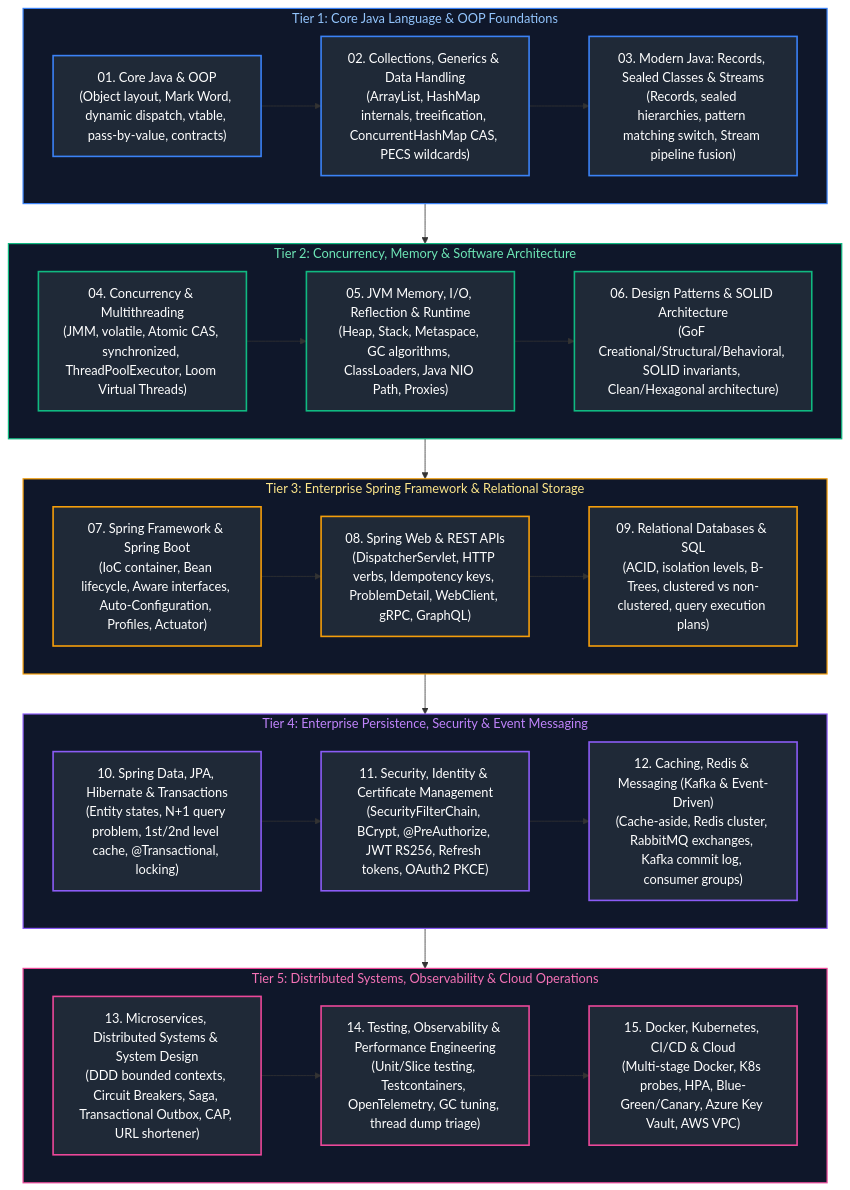
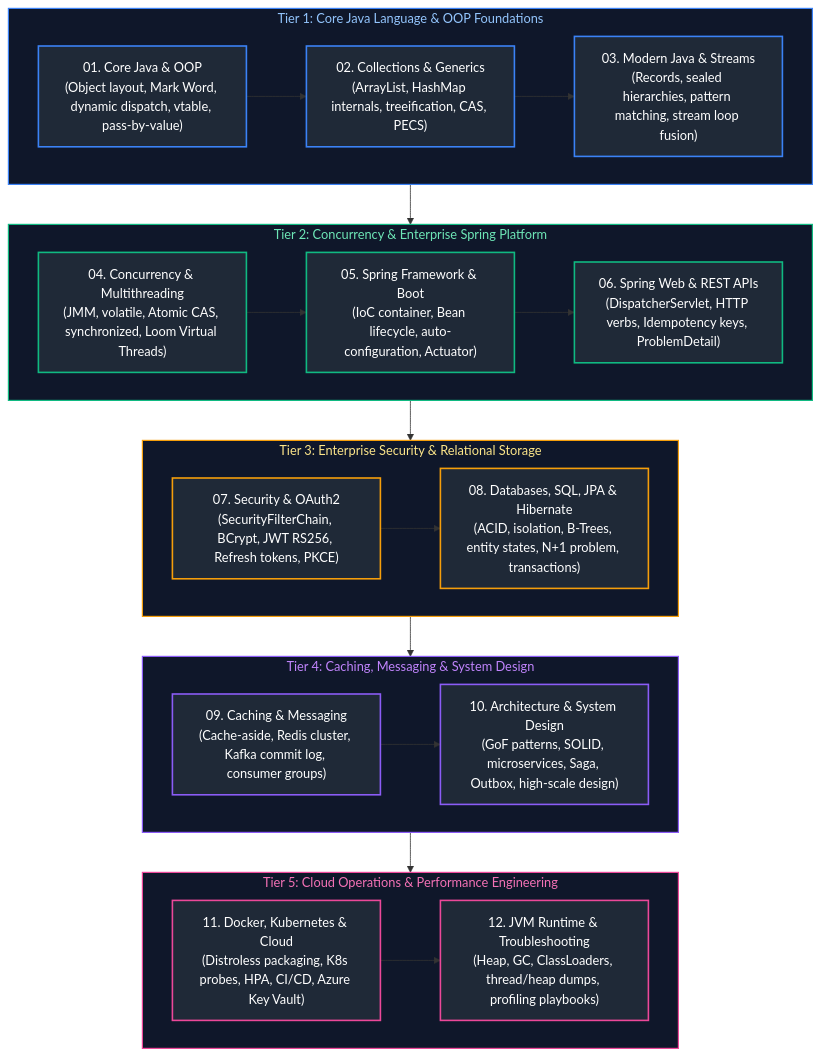
Before and after one commit to joydeep-biswas/Interview-Preparation: the diagram in Java Backend Engineering/00_java_study_guide_and_index.md, drawn with Mermaid. The commit also changed other lines of this file and 178 other files, not shown here.

````diff
--- a/Java Backend Engineering/00_java_study_guide_and_index.md
+++ b/Java Backend Engineering/00_java_study_guide_and_index.md
@@ -11,58 +11,57 @@
 ```mermaid
 flowchart TD
     subgraph CoreFoundationsTier ["Tier 1: Core Java Language & OOP Foundations"]
-        M1["01. Core Java & OOP<br/>(Object layout, Mark Word, dynamic dispatch, vtable, pass-by-value, contracts)"]
-        --> M2["02. Collections, Generics & Data Handling<br/>(ArrayList, HashMap internals, treeification, ConcurrentHashMap CAS, PECS wildcards)"]
-        --> M3["03. Modern Java: Records, Sealed Classes & Streams<br/>(Records, sealed hierarchies, pattern matching switch, Stream pipeline fusion)"]
+        direction LR
+        M1["01. Core Java & OOP<br/>(Object layout, Mark Word, dynamic dispatch, vtable, pass-by-value)"]
+        --> M2["02. Collections & Generics<br/>(ArrayList, HashMap internals, treeification, CAS, PECS)"]
+        --> M3["03. Modern Java & Streams<br/>(Records, sealed hierarchies, pattern matching, stream loop fusion)"]
     end
 
-    subgraph RuntimeArchitectureTier ["Tier 2: Concurrency, Memory & Software Architecture"]
-        M4["04. Concurrency & Multithreading<br/>(JMM, volatile, Atomic CAS, synchronized, ThreadPoolExecutor, Loom Virtual Threads)"]
-        --> M5["05. JVM Memory, I/O, Reflection & Runtime<br/>(Heap, Stack, Metaspace, GC algorithms, ClassLoaders, Java NIO Path, Proxies)"]
-        --> M6["06. Design Patterns & SOLID Architecture<br/>(GoF Creational/Structural/Behavioral, SOLID invariants, Clean/Hexagonal architecture)"]
+    subgraph ConcurrencySpringTier ["Tier 2: Concurrency & Enterprise Spring Platform"]
+        direction LR
+        M4["04. Concurrency & Multithreading<br/>(JMM, volatile, Atomic CAS, synchronized, Loom Virtual Threads)"]
+        --> M5["05. Spring Framework & Boot<br/>(IoC container, Bean lifecycle, auto-configuration, Actuator)"]
+        --> M6["06. Spring Web & REST APIs<br/>(DispatcherServlet, HTTP verbs, Idempotency keys, ProblemDetail)"]
     end
 
-    subgraph EnterpriseSpringTier ["Tier 3: Enterprise Spring Framework & Relational Storage"]
-        M7["07. Spring Framework & Spring Boot<br/>(IoC container, Bean lifecycle, Aware interfaces, Auto-Configuration, Profiles, Actuator)"]
-        --> M8["08. Spring Web & REST APIs<br/>(DispatcherServlet, HTTP verbs, Idempotency keys, ProblemDetail, WebClient, gRPC, GraphQL)"]
-        --> M9["09. Relational Databases & SQL<br/>(ACID, isolation levels, B-Trees, clustered vs non-clustered, query execution plans)"]
+    subgraph SecurityPersistenceTier ["Tier 3: Enterprise Security & Relational Storage"]
+        direction LR
+        M7["07. Security & OAuth2<br/>(SecurityFilterChain, BCrypt, JWT RS256, Refresh tokens, PKCE)"]
+        --> M8["08. Databases, SQL, JPA & Hibernate<br/>(ACID, isolation, B-Trees, entity states, N+1 problem, transactions)"]
     end
 
-    subgraph PersistenceMessagingTier ["Tier 4: Enterprise Persistence, Security & Event Messaging"]
-        M10["10. Spring Data, JPA, Hibernate & Transactions<br/>(Entity states, N+1 query problem, 1st/2nd level cache, @Transactional, locking)"]
-        --> M11["11. Security, Identity & Certificate Management<br/>(SecurityFilterChain, BCrypt, @PreAuthorize, JWT RS256, Refresh tokens, OAuth2 PKCE)"]
-        --> M12["12. Caching, Redis & Messaging (Kafka & Event-Driven)<br/>(Cache-aside, Redis cluster, RabbitMQ exchanges, Kafka commit log, consumer groups)"]
+    subgraph MessagingArchitectureTier ["Tier 4: Caching, Messaging & System Design"]
+        direction LR
+        M9["09. Caching & Messaging<br/>(Cache-aside, Redis cluster, Kafka commit log, consumer groups)"]
+        --> M10["10. Architecture & System Design<br/>(GoF patterns, SOLID, microservices, Saga, Outbox, high-scale design)"]
     end
 
-    subgraph DistributedCloudOpsTier ["Tier 5: Distributed Systems, Observability & Cloud Operations"]
-        M13["13. Microservices, Distributed Systems & System Design<br/>(DDD bounded contexts, Circuit Breakers, Saga, Transactional Outbox, CAP, URL shortener)"]
-        --> M14["14. Testing, Observability & Performance Engineering<br/>(Unit/Slice testing, Testcontainers, OpenTelemetry, GC tuning, thread dump triage)"]
-        --> M15["15. Docker, Kubernetes, CI/CD & Cloud<br/>(Multi-stage Docker, K8s probes, HPA, Blue-Green/Canary, Azure Key Vault, AWS VPC)"]
+    subgraph CloudDevOpsObservabilityTier ["Tier 5: Cloud Operations & Performance Engineering"]
+        direction LR
+        M11["11. Docker, Kubernetes & Cloud<br/>(Distroless packaging, K8s probes, HPA, CI/CD, Azure Key Vault)"]
+        --> M12["12. JVM Runtime & Troubleshooting<br/>(Heap, GC, ClassLoaders, thread/heap dumps, profiling playbooks)"]
     end
 
-    CoreFoundationsTier --> RuntimeArchitectureTier
-    RuntimeArchitectureTier --> EnterpriseSpringTier
-    EnterpriseSpringTier --> PersistenceMessagingTier
-    PersistenceMessagingTier --> DistributedCloudOpsTier
+    CoreFoundationsTier --> ConcurrencySpringTier
+    ConcurrencySpringTier --> SecurityPersistenceTier
+    SecurityPersistenceTier --> MessagingArchitectureTier
+    MessagingArchitectureTier --> CloudDevOpsObservabilityTier
 
     style CoreFoundationsTier fill:#0f172a,stroke:#3b82f6,stroke-width:1.5px,color:#93c5fd
-    style RuntimeArchitectureTier fill:#0f172a,stroke:#10b981,stroke-width:1.5px,color:#6ee7b7
-    style EnterpriseSpringTier fill:#0f172a,stroke:#f59e0b,stroke-width:1.5px,color:#fde68a
-    style PersistenceMessagingTier fill:#0f172a,stroke:#8b5cf6,stroke-width:1.5px,color:#c084fc
-    style DistributedCloudOpsTier fill:#0f172a,stroke:#ec4899,stroke-width:1.5px,color:#f472b6
+    style ConcurrencySpringTier fill:#0f172a,stroke:#10b981,stroke-width:1.5px,color:#6ee7b7
+    style SecurityPersistenceTier fill:#0f172a,stroke:#f59e0b,stroke-width:1.5px,color:#fde68a
+    style MessagingArchitectureTier fill:#0f172a,stroke:#8b5cf6,stroke-width:1.5px,color:#c084fc
+    style CloudDevOpsObservabilityTier fill:#0f172a,stroke:#ec4899,stroke-width:1.5px,color:#f472b6
     style M1 fill:#1f2937,stroke:#3b82f6,stroke-width:2px,color:#fff
     style M2 fill:#1f2937,stroke:#3b82f6,stroke-width:2px,color:#fff
     style M3 fill:#1f2937,stroke:#3b82f6,stroke-width:2px,color:#fff
     style M4 fill:#1f2937,stroke:#10b981,stroke-width:2px,color:#fff
     style M5 fill:#1f2937,stroke:#10b981,stroke-width:2px,color:#fff
     style M6 fill:#1f2937,stroke:#10b981,stroke-width:2px,color:#fff
     style M7 fill:#1f2937,stroke:#f59e0b,stroke-width:2px,color:#fff
     style M8 fill:#1f2937,stroke:#f59e0b,stroke-width:2px,color:#fff
-    style M9 fill:#1f2937,stroke:#f59e0b,stroke-width:2px,color:#fff
+    style M9 fill:#1f2937,stroke:#8b5cf6,stroke-width:2px,color:#fff
     style M10 fill:#1f2937,stroke:#8b5cf6,stroke-width:2px,color:#fff
-    style M11 fill:#1f2937,stroke:#8b5cf6,stroke-width:2px,color:#fff
-    style M12 fill:#1f2937,stroke:#8b5cf6,stroke-width:2px,color:#fff
-    style M13 fill:#1f2937,stroke:#ec4899,stroke-width:2px,color:#fff
-    style M14 fill:#1f2937,stroke:#ec4899,stroke-width:2px,color:#fff
-    style M15 fill:#1f2937,stroke:#ec4899,stroke-width:2px,color:#fff
+    style M11 fill:#1f2937,stroke:#ec4899,stroke-width:2px,color:#fff
+    style M12 fill:#1f2937,stroke:#ec4899,stroke-width:2px,color:#fff
 ```
````
